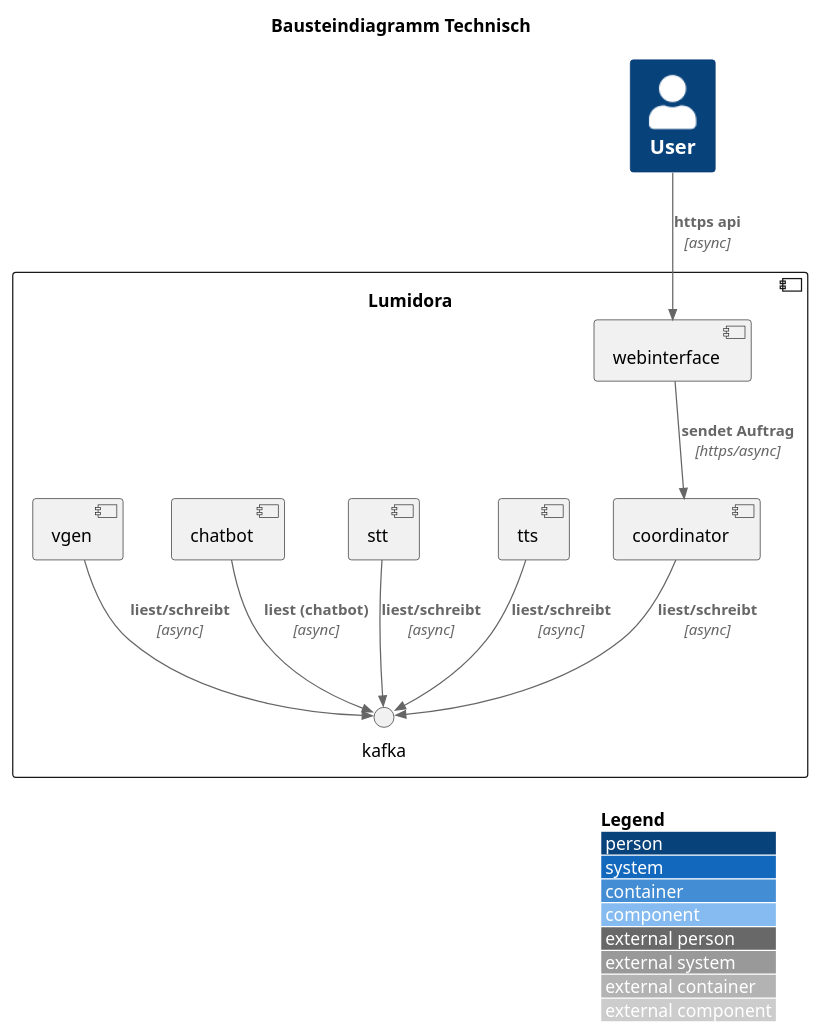
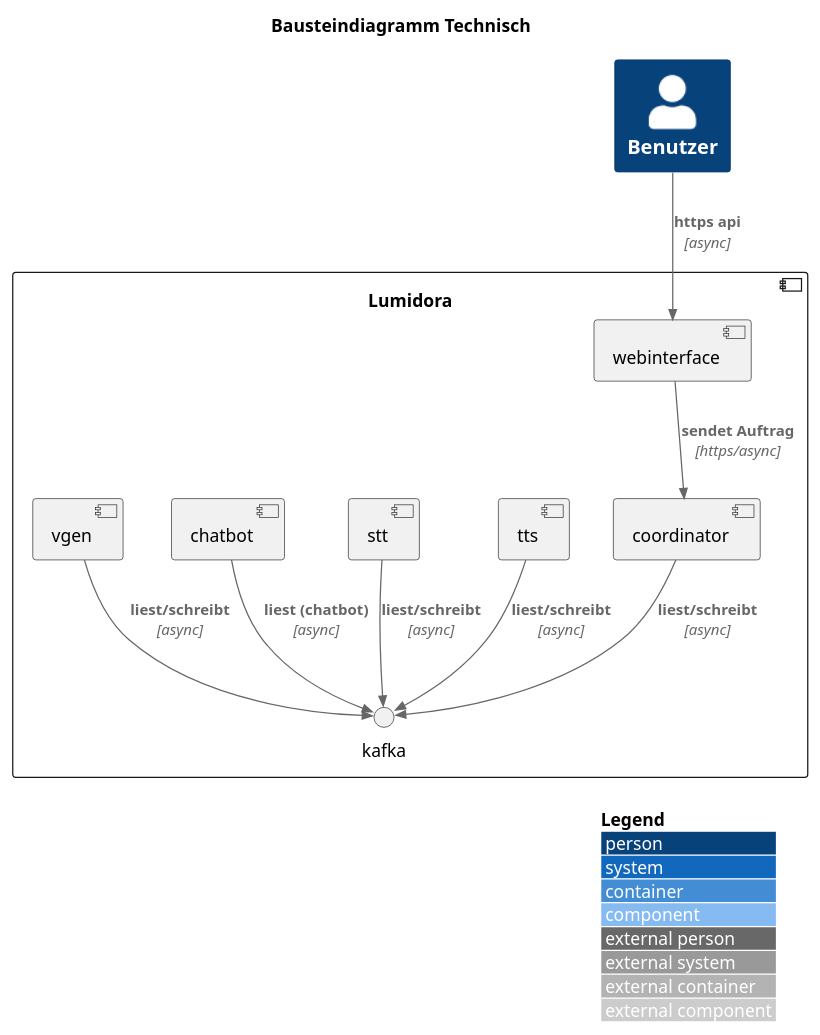
Before and after one commit to koshisinthehouse/lumidora-documentation: the diagram in docs/modules/ROOT/examples/bausteinansicht/bausteinansicht-technisch.plantuml, drawn with PlantUML.

```diff
--- a/docs/modules/ROOT/examples/bausteinansicht/bausteinansicht-technisch.plantuml
+++ b/docs/modules/ROOT/examples/bausteinansicht/bausteinansicht-technisch.plantuml
@@ -1,29 +1,29 @@
 @startuml
 !include ../../partials/diagrams/plantuml-stdlib/C4-PlantUML/C4_Component.puml
 
 LAYOUT_WITH_LEGEND()
 
 title Bausteindiagramm Technisch
 
-Person(benutzer, "User", "")
+Person(benutzer, "Benutzer", "")
 
 component "Lumidora" as lumidora {
     component "webinterface" as webinterface
     component "coordinator" as coordinator
     component "tts" as tts
     component "stt" as stt
     component "chatbot" as chatbot
     component "vgen" as vgen
     () kafka
 }
 
 Rel(benutzer, webinterface, "https api", "async")
 Rel(webinterface, coordinator, "sendet Auftrag", "https/async")
 
 Rel(chatbot, kafka, "liest (chatbot)", "async")
 Rel(tts, kafka, "liest/schreibt", "async")
 Rel(stt, kafka, "liest/schreibt", "async")
 Rel(vgen, kafka, "liest/schreibt", "async")
 Rel(coordinator, kafka, "liest/schreibt", "async")
 
 @enduml
```
